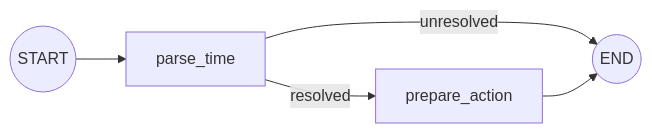
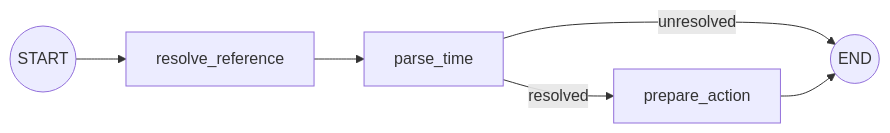
The third of 3 diagrams in devdoc/agent-workflows-langgraph.md (jungarik/daily-notes), drawn with Mermaid before and after one commit. The commit also changed other lines of this file and 19 other files, not shown here.

````diff
--- a/devdoc/agent-workflows-langgraph.md
+++ b/devdoc/agent-workflows-langgraph.md
@@ -76,7 +78,8 @@
 ```mermaid
 flowchart LR
-    S((START)) --> P[parse_time]
+    S((START)) --> R[resolve_reference]
+    R --> P[parse_time]
     P -->|resolved| A[prepare_action]
     P -->|unresolved| E((END))
     A --> E
 ```
````
